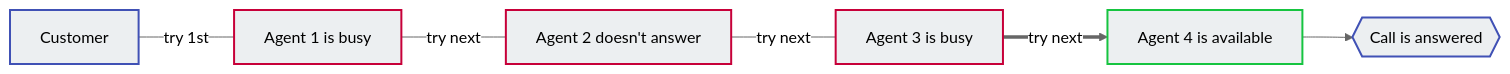
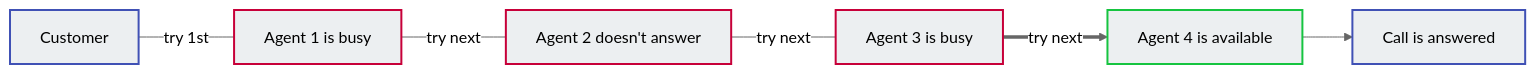
One commit to connexcs/docs changed the second of 3 diagrams in docs/class5/creating-group.md. Above: the diagram before and after it, drawn with Mermaid (neutral theme).

````diff
--- a/docs/class5/creating-group.md
+++ b/docs/class5/creating-group.md
@@ -33,14 +33,14 @@
 ```mermaid
 graph LR
 A[Customer] ---|try 1st| B[Agent 1 is busy]
 B ---|try next| C[Agent 2 doesn't answer]
 C ---|try next| D[Agent 3 is busy]
 D ==>|try next| E[Agent 4 is available]
-E -->F{{Call is answered}}
+E -->F[Call is answered]
 style A fill:#ECEFF1,stroke:#4051b5,stroke-width:2px
 style B fill:#ECEFF1,stroke:#C70039,stroke-width:2px
 style C fill:#ECEFF1,stroke:#C70039,stroke-width:2px
 style D fill:#ECEFF1,stroke:#C70039,stroke-width:2px
 style E fill:#ECEFF1,stroke:#16C440,stroke-width:2px
 style F fill:#ECEFF1,stroke:#4051b5,stroke-width:2px
 ```
````
